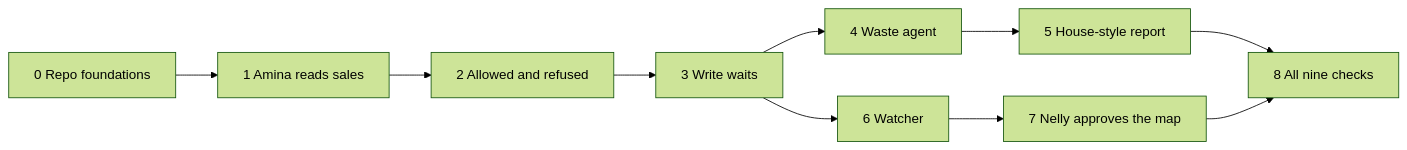
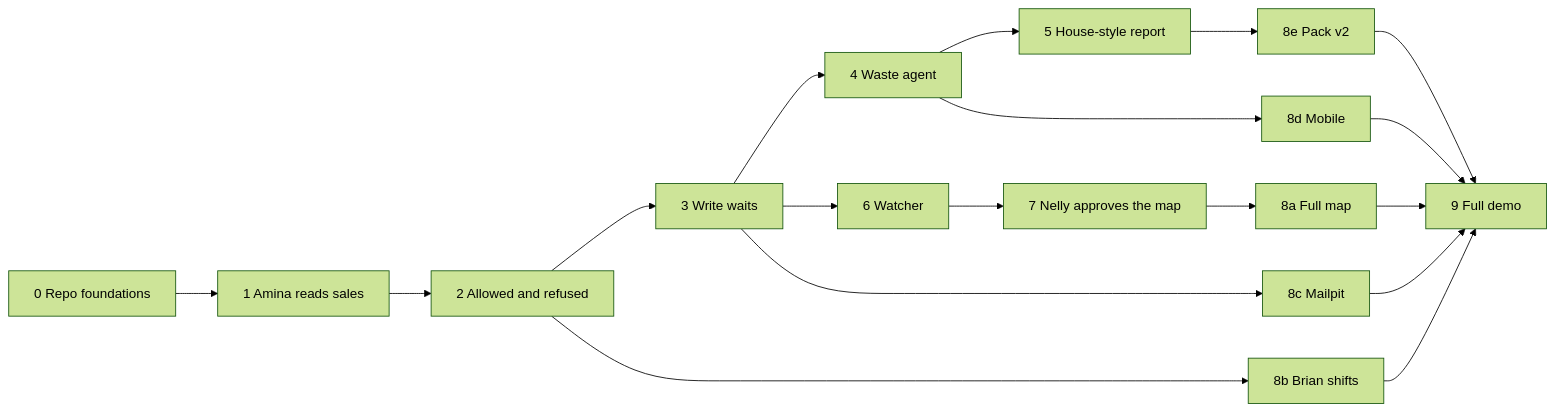
One commit to Akwara-SuperIntelligence/Ramonda changed the diagram in docs/v0.1/08-build-plan.md. Above: the diagram before and after it, drawn with Mermaid (forest theme). The commit also changed other lines of this file and 1 other file, not shown here.

First line of the commit message:
Assign unowned requirements and split the last demo slice (#31)

````diff
--- a/docs/v0.1/08-build-plan.md
+++ b/docs/v0.1/08-build-plan.md
@@ -13,17 +13,30 @@
 ```mermaid
 flowchart LR
   s0[0 Repo foundations]
   s1[1 Amina reads sales]
   s2[2 Allowed and refused]
   s3[3 Write waits]
   s4[4 Waste agent]
   s5[5 House-style report]
   s6[6 Watcher]
   s7[7 Nelly approves the map]
-  s8[8 All nine checks]
+  s8a[8a Full map]
+  s8b[8b Brian shifts]
+  s8c[8c Mailpit]
+  s8d[8d Mobile]
+  s8e[8e Pack v2]
+  s9[9 Full demo]
   s0 --> s1 --> s2 --> s3
   s3 --> s4 --> s5
   s3 --> s6 --> s7
-  s5 --> s8
-  s7 --> s8
+  s2 --> s8b
+  s3 --> s8c
+  s4 --> s8d
+  s5 --> s8e
+  s7 --> s8a
+  s8a --> s9
+  s8b --> s9
+  s8c --> s9
+  s8d --> s9
+  s8e --> s9
 ```
````
